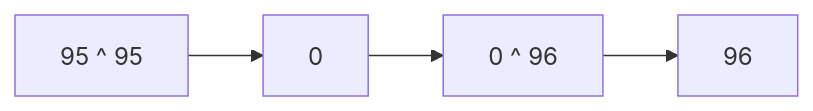
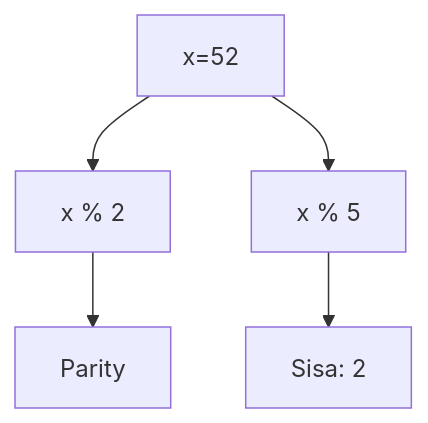
Diagram 16 of 25 in part-c-pemahaman-cpp/06-bitwise/latihan/set-12.md (amnahwaida/OSNK_INF_PREP), drawn with Mermaid before and after one commit. The commit also changed other lines of this file and 71 other files, not shown here.

````diff
--- a/part-c-pemahaman-cpp/06-bitwise/latihan/set-12.md
+++ b/part-c-pemahaman-cpp/06-bitwise/latihan/set-12.md
@@ -413,6 +480,7 @@
 ```mermaid
-graph LR
-    A["95 ^ 95"] --> B[0]
-    B --> C["0 ^ 96"]
-    C --> D["96"]
+graph TD
+A[x=52] --> B[x % 2]
+B --> C[Parity]
+A --> D[x % 5]
+D --> E[Sisa: 2]
 ```
````
